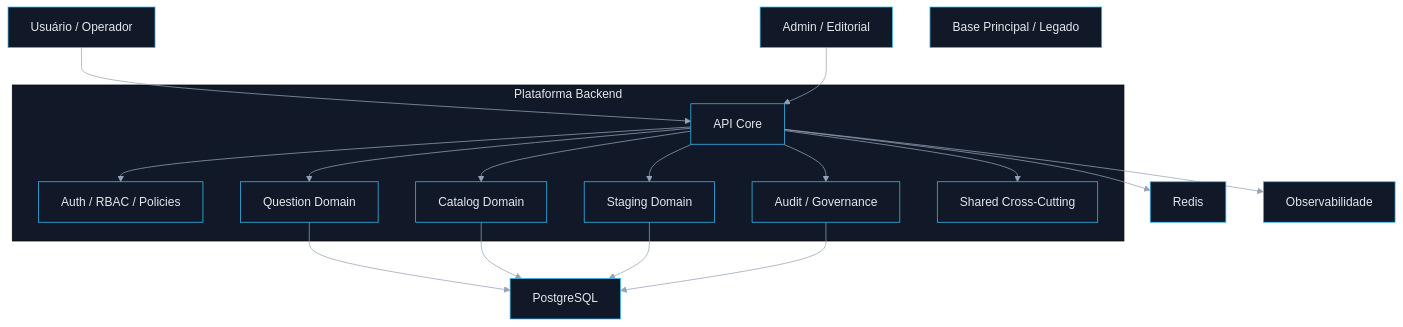
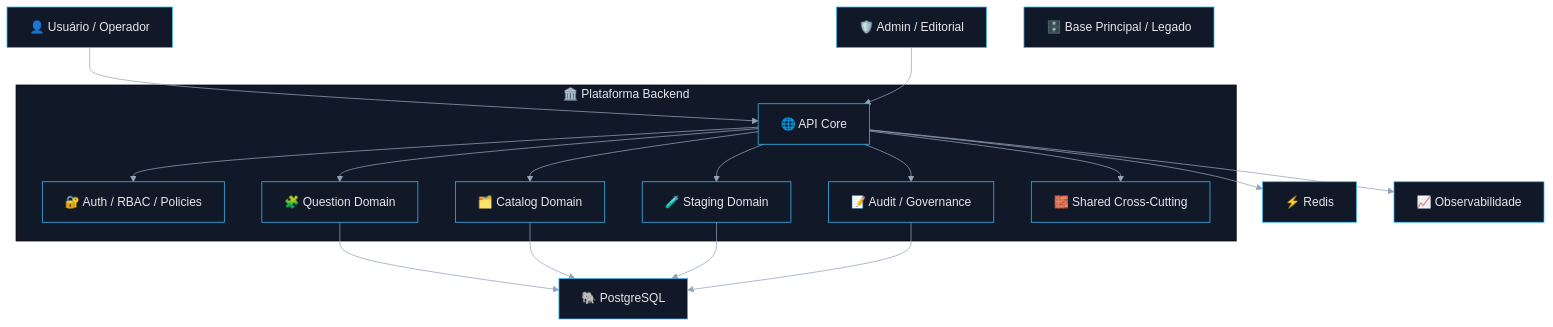
Before and after one commit to matheusdiamantino-betalent/IA: the first of 7 diagrams in README.md, drawn with Mermaid. The commit also changed other lines of this file, not shown here.

````diff
--- a/README.md
+++ b/README.md
@@ -192,51 +271,51 @@
 ```mermaid
 %%{init: {
   "theme": "base",
   "themeVariables": {
     "background": "#0b1220",
     "primaryColor": "#111827",
     "primaryTextColor": "#e5e7eb",
     "primaryBorderColor": "#38bdf8",
     "secondaryColor": "#0f172a",
     "secondaryTextColor": "#e5e7eb",
     "tertiaryColor": "#111827",
     "tertiaryTextColor": "#e5e7eb",
     "lineColor": "#94a3b8"
   }
 }}%%
 flowchart TB
-    user["Usuário / Operador"]
-    admin["Admin / Editorial"]
-    extdb["Base Principal / Legado"]
-    redis["Redis"]
-    postgres["PostgreSQL"]
-    obs["Observabilidade"]
+    user["👤 Usuário / Operador"]
+    admin["🛡️ Admin / Editorial"]
+    extdb["🗄️ Base Principal / Legado"]
+    redis["⚡ Redis"]
+    postgres["🐘 PostgreSQL"]
+    obs["📈 Observabilidade"]
 
-    subgraph app["Plataforma Backend"]
-        api["API Core"]
-        auth["Auth / RBAC / Policies"]
-        qdomain["Question Domain"]
-        cdomain["Catalog Domain"]
-        sdomain["Staging Domain"]
-        adomain["Audit / Governance"]
-        shared["Shared Cross-Cutting"]
+    subgraph app["🏛️ Plataforma Backend"]
+        api["🌐 API Core"]
+        auth["🔐 Auth / RBAC / Policies"]
+        qdomain["🧩 Question Domain"]
+        cdomain["🗂️ Catalog Domain"]
+        sdomain["🧪 Staging Domain"]
+        adomain["📝 Audit / Governance"]
+        shared["🧱 Shared Cross-Cutting"]
     end
 
     user --> api
     admin --> api
 
     api --> auth
     api --> qdomain
     api --> cdomain
     api --> sdomain
     api --> adomain
     api --> shared
 
     qdomain --> postgres
     cdomain --> postgres
     sdomain --> postgres
     adomain --> postgres
 
     api --> redis
     api --> obs
 ```
````
